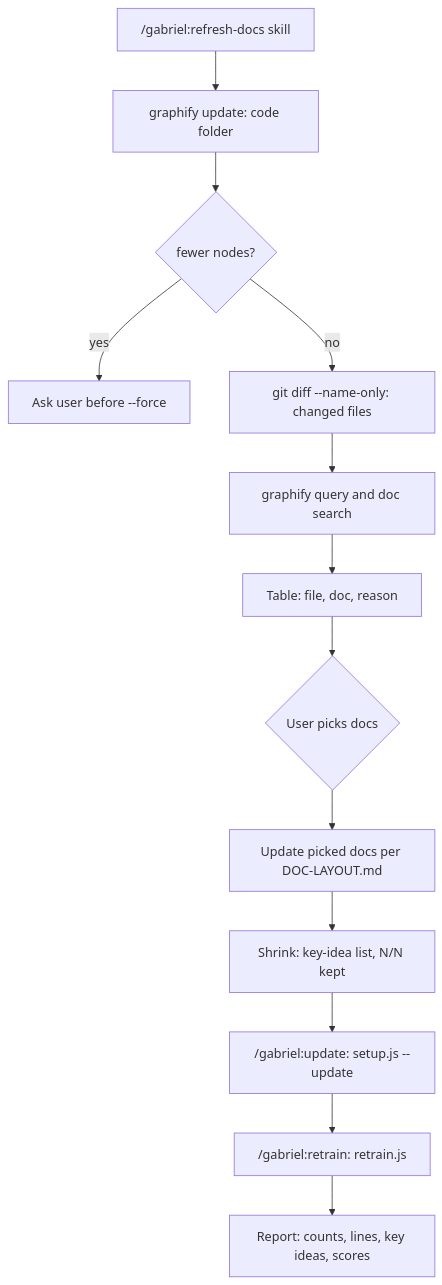
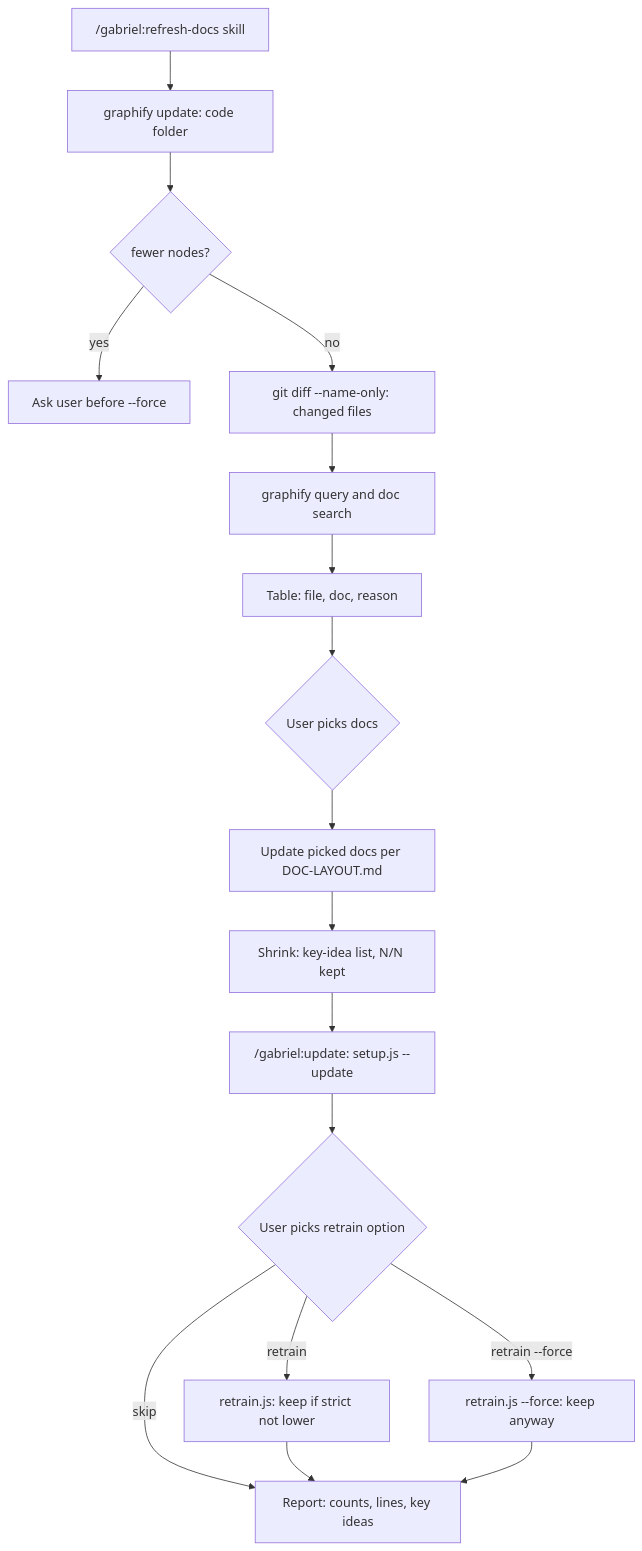
The diagram in repo-docs/business/workflows/W07-refresh-docs.md (ThanhNVan/gabriel-plugin), drawn with Mermaid before and after one commit. The commit also changed other lines of this file and 73 other files, not shown here.

````diff
--- a/repo-docs/business/workflows/W07-refresh-docs.md
+++ b/repo-docs/business/workflows/W07-refresh-docs.md
@@ -16,15 +18,19 @@
 ```mermaid
 flowchart TD
   A["/gabriel:refresh-docs skill"] --> B["graphify update: code folder"]
   B --> C{"fewer nodes?"}
   C -- yes --> C2["Ask user before --force"]
   C -- no --> D["git diff --name-only: changed files"]
   D --> E["graphify query and doc search"]
   E --> F["Table: file, doc, reason"]
   F --> G{"User picks docs"}
   G --> H["Update picked docs per DOC-LAYOUT.md"]
   H --> I["Shrink: key-idea list, N/N kept"]
   I --> J["/gabriel:update: setup.js --update"]
-  J --> K["/gabriel:retrain: retrain.js"]
-  K --> L["Report: counts, lines, key ideas, scores"]
+  J --> K{"User picks retrain option"}
+  K -- "skip" --> L["Report: counts, lines, key ideas"]
+  K -- "retrain" --> M["retrain.js: keep if strict not lower"]
+  K -- "retrain --force" --> N["retrain.js --force: keep anyway"]
+  M --> L
+  N --> L
 ```
````
